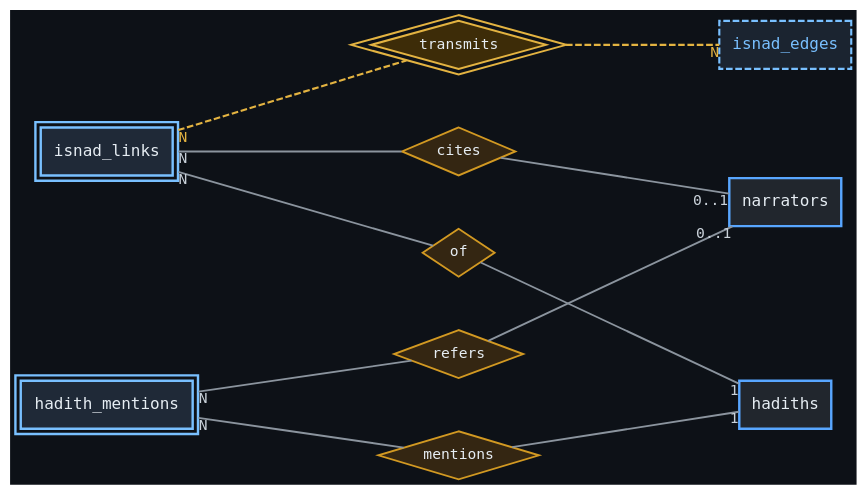
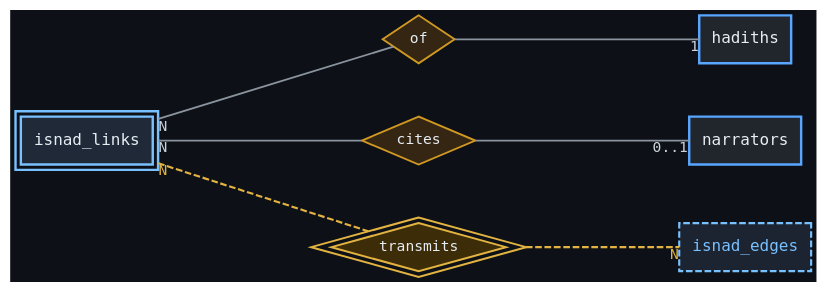
The diagram in docs/erd/plain/03_isnad.dot (Kamrulhasan12345/ilham), drawn with Graphviz before and after one commit. The commit also changed 53 other files, not shown here.

First line of the commit message:
fix: make the schema loadable and correct the study-layer model

```diff
--- a/docs/erd/plain/03_isnad.dot
+++ b/docs/erd/plain/03_isnad.dot
@@ -1,37 +1,33 @@
 graph isnad_plain {
   rankdir=LR;
   bgcolor="#0D1117";
   splines=spline;
   overlap=false;
   nodesep=0.55;
   ranksep=1.6;
   node [fontname="DejaVu Sans Mono", fontsize=12, fontcolor="#C9D1D9"];
   edge [fontname="DejaVu Sans Mono", fontsize=11, color="#8B949E", fontcolor="#C9D1D9", penwidth=1.4];
 
   node [shape=box, style="filled,bold", penwidth=1.8, fillcolor="#21262D", color="#58A6FF", fontcolor="#E6EDF3"];
   hadiths; narrators;
 
   node [shape=box, peripheries=2, style="filled,bold", penwidth=1.8, fillcolor="#1F2937", color="#79C0FF"];
-  isnad_links; hadith_mentions;
+  isnad_links;
 
   node [shape=box, peripheries=1, style="filled,dashed", penwidth=1.6, fillcolor="#1B2430", color="#79C0FF", fontcolor="#79C0FF"];
   isnad_edges;
 
   node [shape=diamond, style="filled", fillcolor="#342612", color="#D29922", penwidth=1.4, fontsize=11, fontcolor="#E6EDF3"];
   r_link_had [label="of"];
   r_link_nar [label="cites"];
-  r_ment_had [label="mentions"];
-  r_ment_nar [label="refers"];
 
   node [shape=diamond, peripheries=2, style="filled", fillcolor="#3D2C08", color="#E3B341", penwidth=1.5, fontsize=11, fontcolor="#E6EDF3"];
   r_derive [label="transmits"];
 
   isnad_links -- r_link_had [taillabel="N"]; r_link_had -- hadiths [headlabel="1"];
   isnad_links -- r_link_nar [taillabel="N"]; r_link_nar -- narrators [headlabel="0..1"];
-  hadith_mentions -- r_ment_had [taillabel="N"]; r_ment_had -- hadiths [headlabel="1"];
-  hadith_mentions -- r_ment_nar [taillabel="N"]; r_ment_nar -- narrators [headlabel="0..1"];
 
   edge [color="#E3B341", fontcolor="#E3B341", style=dashed, penwidth=1.6];
   isnad_links -- r_derive [taillabel="N"];
   r_derive -- isnad_edges [headlabel="N"];
 }
```
